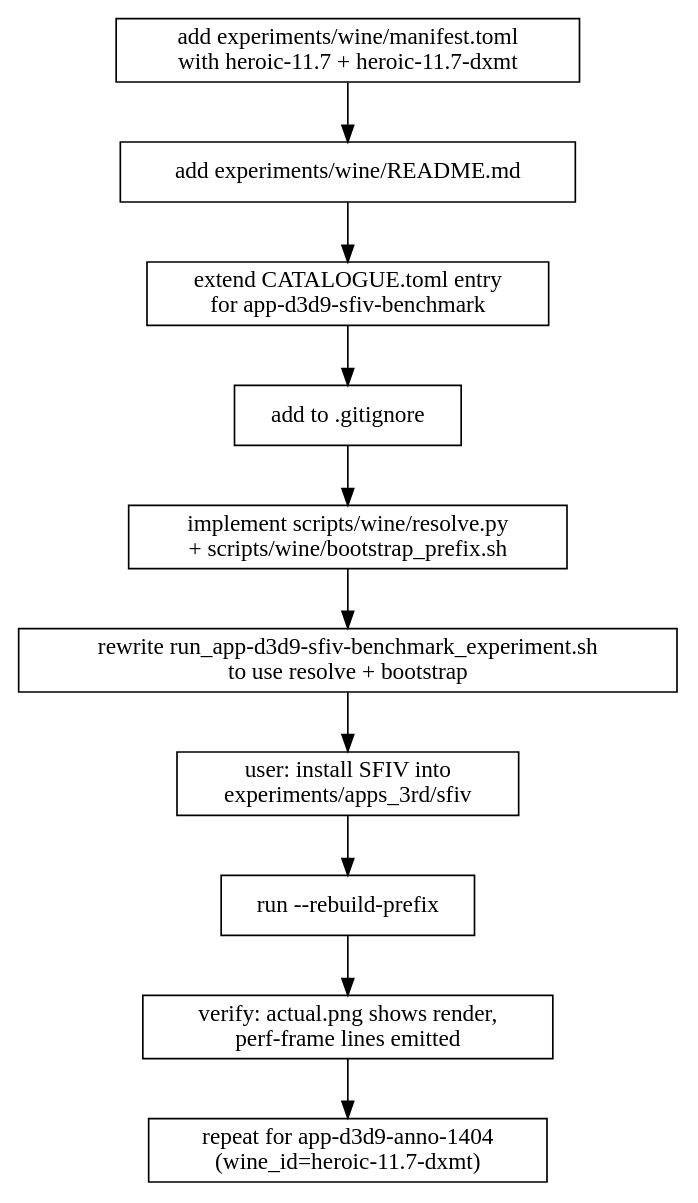
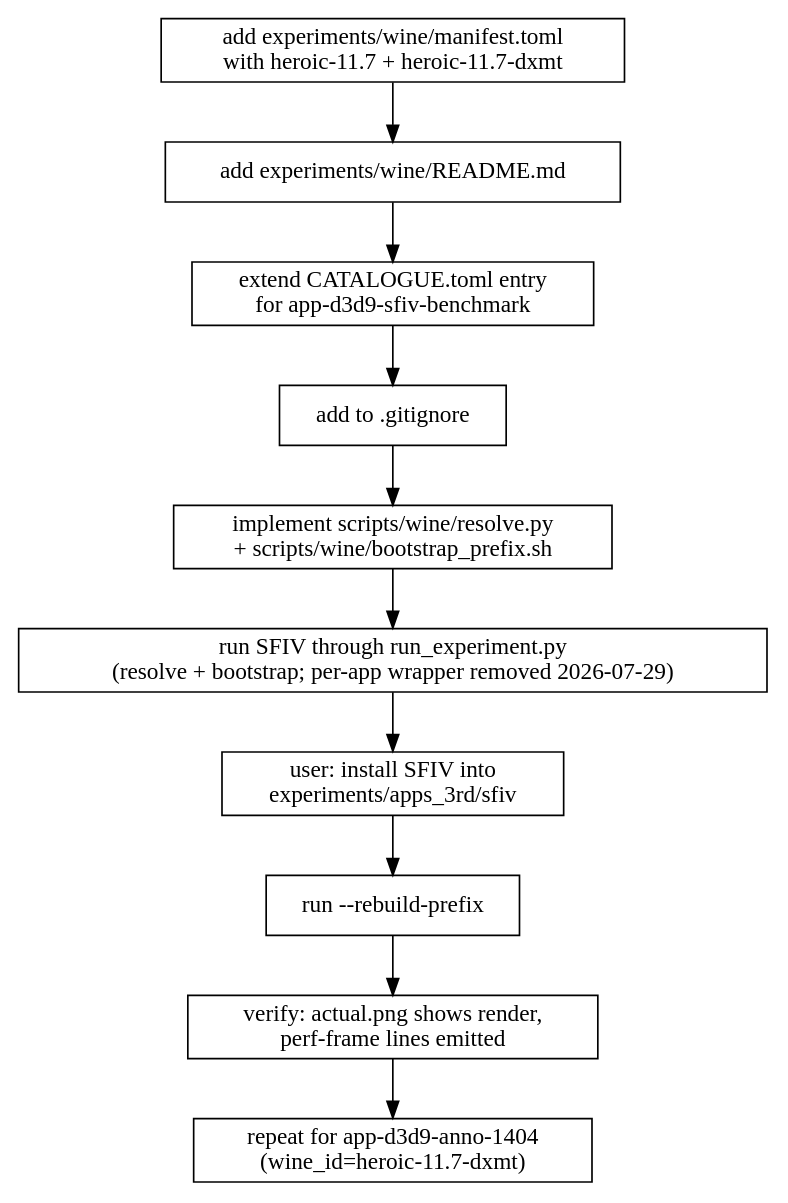
One commit to dfdgsdfg/dxmt9 changed the fourth of 4 diagrams in specs/experiments/runtime/spec.md. Above: the diagram before and after it, drawn with Graphviz. The commit also changed 10 other files, not shown here.

First line of the commit message:
chore(experiments): retire the per-app runner wrappers; one invocation path

````diff
--- a/specs/experiments/runtime/spec.md
+++ b/specs/experiments/runtime/spec.md
@@ -268,16 +268,16 @@
 ```dot
 digraph migrate_sfiv {
   s1[shape=box, label="add experiments/wine/manifest.toml\nwith heroic-11.7 + heroic-11.7-dxmt"];
   s2[shape=box, label="add experiments/wine/README.md"];
   s3[shape=box, label="extend CATALOGUE.toml entry\nfor app-d3d9-sfiv-benchmark"];
   s4[shape=box, label="add to .gitignore"];
   s5[shape=box, label="implement scripts/wine/resolve.py\n+ scripts/wine/bootstrap_prefix.sh"];
-  s6[shape=box, label="rewrite run_app-d3d9-sfiv-benchmark_experiment.sh\nto use resolve + bootstrap"];
+  s6[shape=box, label="run SFIV through run_experiment.py\n(resolve + bootstrap; per-app wrapper removed 2026-07-29)"];
   s7[shape=box, label="user: install SFIV into\nexperiments/apps_3rd/sfiv"];
   s8[shape=box, label="run --rebuild-prefix"];
   s9[shape=box, label="verify: actual.png shows render,\nperf-frame lines emitted"];
   s10[shape=box, label="repeat for app-d3d9-anno-1404\n(wine_id=heroic-11.7-dxmt)"];
 
   s1 -> s2 -> s3 -> s4 -> s5 -> s6 -> s7 -> s8 -> s9 -> s10;
 }
 ```
````
